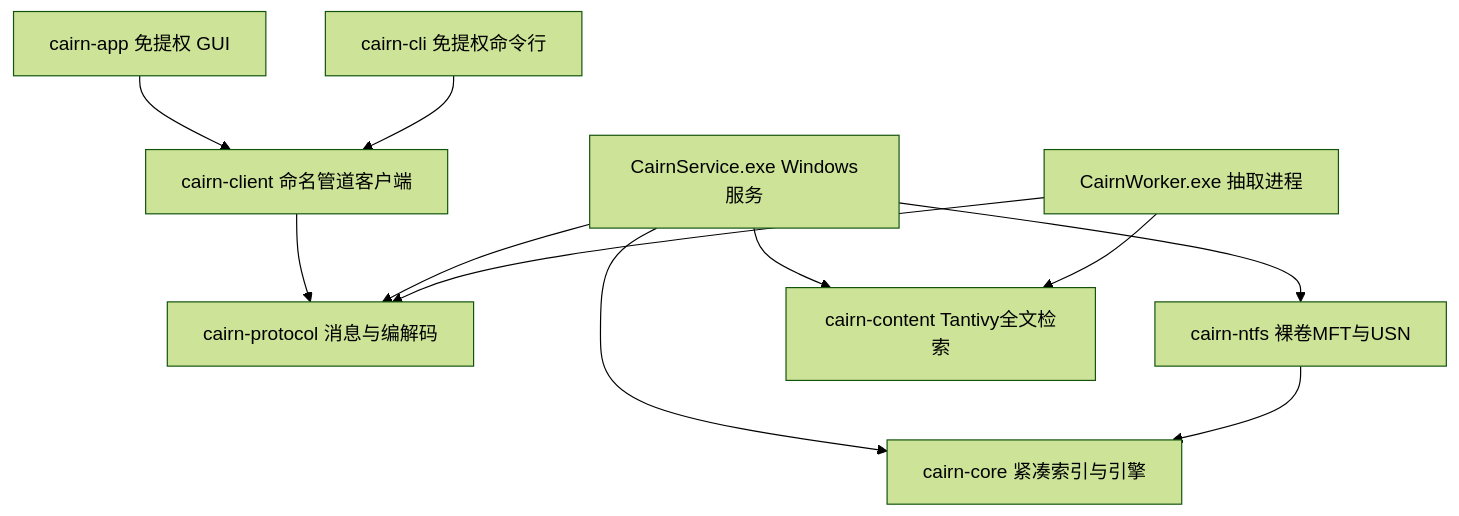
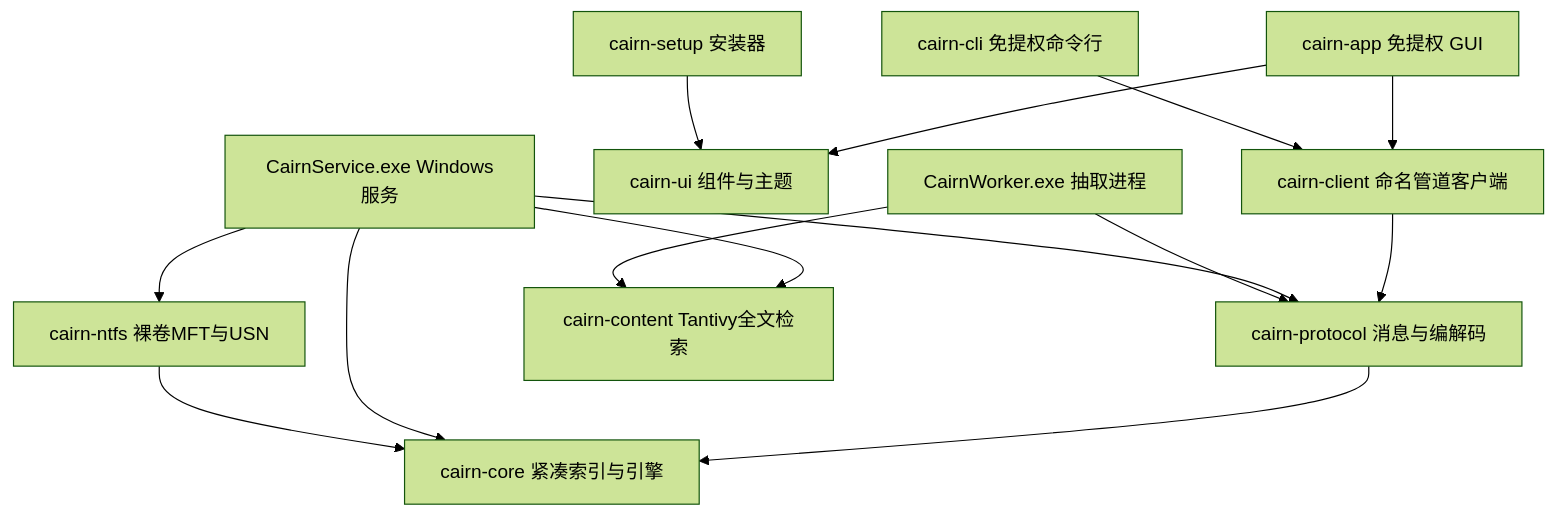
Before and after one commit to zyyyyynnn/Cairn: the first of 2 diagrams in docs/engineering/architecture.md, drawn with Mermaid (forest theme). The commit also changed other lines of this file and 10 other files, not shown here.

````diff
--- a/docs/engineering/architecture.md
+++ b/docs/engineering/architecture.md
@@ -10,16 +10,19 @@
 ```mermaid
 graph TD
     App[cairn-app 免提权 GUI] --> Client[cairn-client 命名管道客户端]
+    App --> UI[cairn-ui 组件与主题]
     CLI[cairn-cli 免提权命令行] --> Client
+    Setup[cairn-setup 安装器] --> UI
     Client --> Protocol[cairn-protocol 消息与编解码]
+    Protocol --> Core[cairn-core 紧凑索引与引擎]
 
-    Service[CairnService.exe Windows服务] --> Core[cairn-core 紧凑索引与引擎]
+    Service[CairnService.exe Windows服务] --> Core
     Service --> NTFS[cairn-ntfs 裸卷MFT与USN]
     Service --> Content[cairn-content Tantivy全文检索]
     Service --> Protocol
 
     Worker[CairnWorker.exe 抽取进程] --> Content
     Worker --> Protocol
 
     NTFS --> Core
 ```
````
